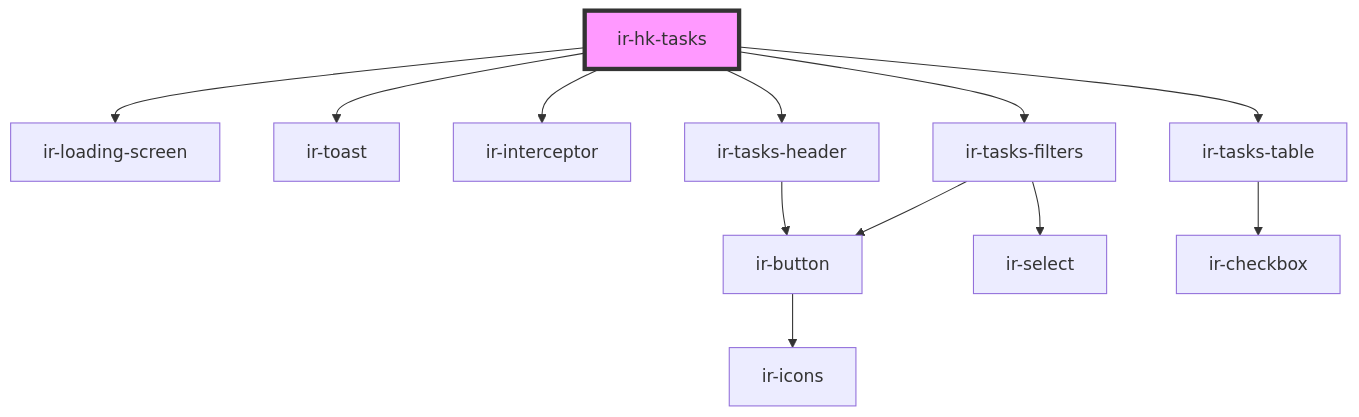
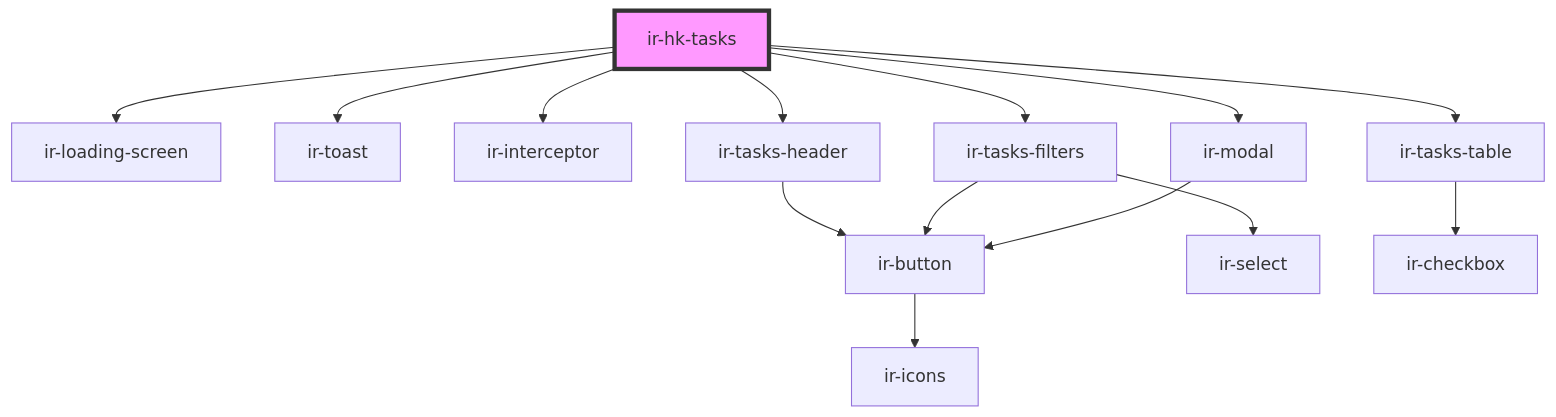
One commit to David1Chowaifaty/modified-ir-webcmp changed the diagram in src/components/ir-housekeeping/ir-hk-tasks/readme.md. Above: the diagram before and after it, drawn with Mermaid. The commit also changed other lines of this file and 10 other files, not shown here.

````diff
--- a/src/components/ir-housekeeping/ir-hk-tasks/readme.md
+++ b/src/components/ir-housekeeping/ir-hk-tasks/readme.md
@@ -30,15 +38,17 @@
 ```mermaid
 graph TD;
   ir-hk-tasks --> ir-loading-screen
   ir-hk-tasks --> ir-toast
   ir-hk-tasks --> ir-interceptor
   ir-hk-tasks --> ir-tasks-header
   ir-hk-tasks --> ir-tasks-filters
   ir-hk-tasks --> ir-tasks-table
+  ir-hk-tasks --> ir-modal
   ir-tasks-header --> ir-button
   ir-button --> ir-icons
+  ir-tasks-filters --> ir-button
   ir-tasks-filters --> ir-select
-  ir-tasks-filters --> ir-button
   ir-tasks-table --> ir-checkbox
+  ir-modal --> ir-button
   style ir-hk-tasks fill:#f9f,stroke:#333,stroke-width:4px
 ```
````
